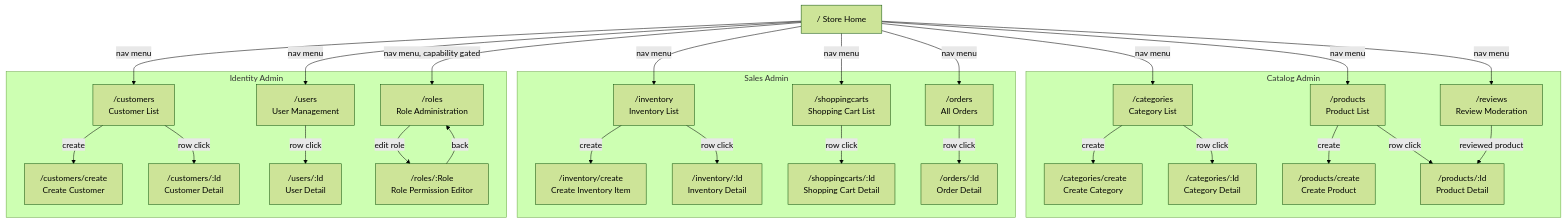
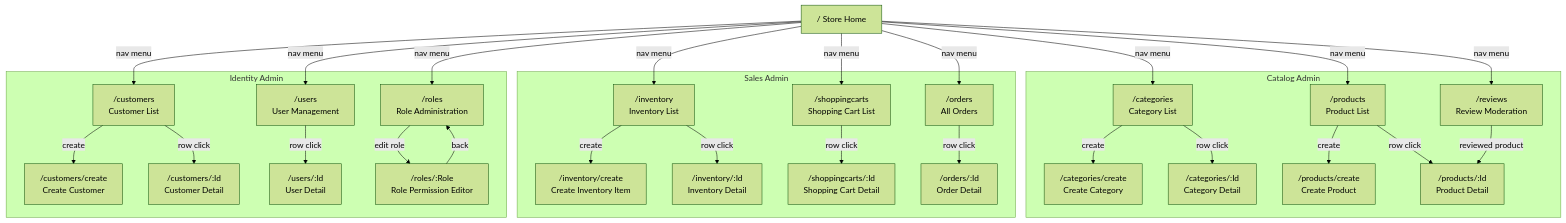
The third of 3 diagrams in docs-src/guides/store-NavigationFlow.md (ivanball/ivanball.github.io), drawn with Mermaid (forest theme) before and after one commit. The commit also changed other lines of this file and 7 other files, not shown here.

````diff
--- a/docs-src/guides/store-NavigationFlow.md
+++ b/docs-src/guides/store-NavigationFlow.md
@@ -120,59 +155,59 @@
 ```mermaid
 flowchart TD
     subgraph CatalogAdmin["Catalog Admin"]
         Categories["/categories<br/>Category List"]
         CategoryCreate["/categories/create<br/>Create Category"]
         CategoryDetail["/categories/:Id<br/>Category Detail"]
         Products["/products<br/>Product List"]
         ProductCreate["/products/create<br/>Create Product"]
         ProductDetailAdm["/products/:Id<br/>Product Detail"]
         ReviewsAdm["/reviews<br/>Review Moderation"]
     end
 
     subgraph SalesAdmin["Sales Admin"]
         Inventory["/inventory<br/>Inventory List"]
         InventoryCreate["/inventory/create<br/>Create Inventory Item"]
         InventoryDetail["/inventory/:Id<br/>Inventory Detail"]
         Carts["/shoppingcarts<br/>Shopping Cart List"]
         CartDetail["/shoppingcarts/:Id<br/>Shopping Cart Detail"]
         OrdersAll["/orders<br/>All Orders"]
         OrderDetailAdm["/orders/:Id<br/>Order Detail"]
     end
 
     subgraph IdentityAdmin["Identity Admin"]
         Customers["/customers<br/>Customer List"]
         CustomerCreate["/customers/create<br/>Create Customer"]
         CustomerDetail["/customers/:Id<br/>Customer Detail"]
         Users["/users<br/>User Management"]
         UserDetail["/users/:Id<br/>User Detail"]
         Roles["/roles<br/>Role Administration"]
         RoleEdit["/roles/:Role<br/>Role Permission Editor"]
     end
 
     Home["/  Store Home"]
 
     Home -->|nav menu| Categories
     Home -->|nav menu| Products
     Home -->|nav menu| ReviewsAdm
     Home -->|nav menu| Inventory
     Home -->|nav menu| Carts
     Home -->|nav menu| OrdersAll
     Home -->|nav menu| Customers
     Home -->|nav menu| Users
-    Home -->|nav menu, capability gated| Roles
+    Home -->|nav menu| Roles
 
     Categories -->|row click| CategoryDetail
     Categories -->|create| CategoryCreate
     Products -->|row click| ProductDetailAdm
     Products -->|create| ProductCreate
     Inventory -->|row click| InventoryDetail
     Inventory -->|create| InventoryCreate
     Carts -->|row click| CartDetail
     OrdersAll -->|row click| OrderDetailAdm
     Customers -->|row click| CustomerDetail
     Customers -->|create| CustomerCreate
     ReviewsAdm -->|reviewed product| ProductDetailAdm
     Users -->|row click| UserDetail
     Roles -->|edit role| RoleEdit
     RoleEdit -->|back| Roles
 ```
````
